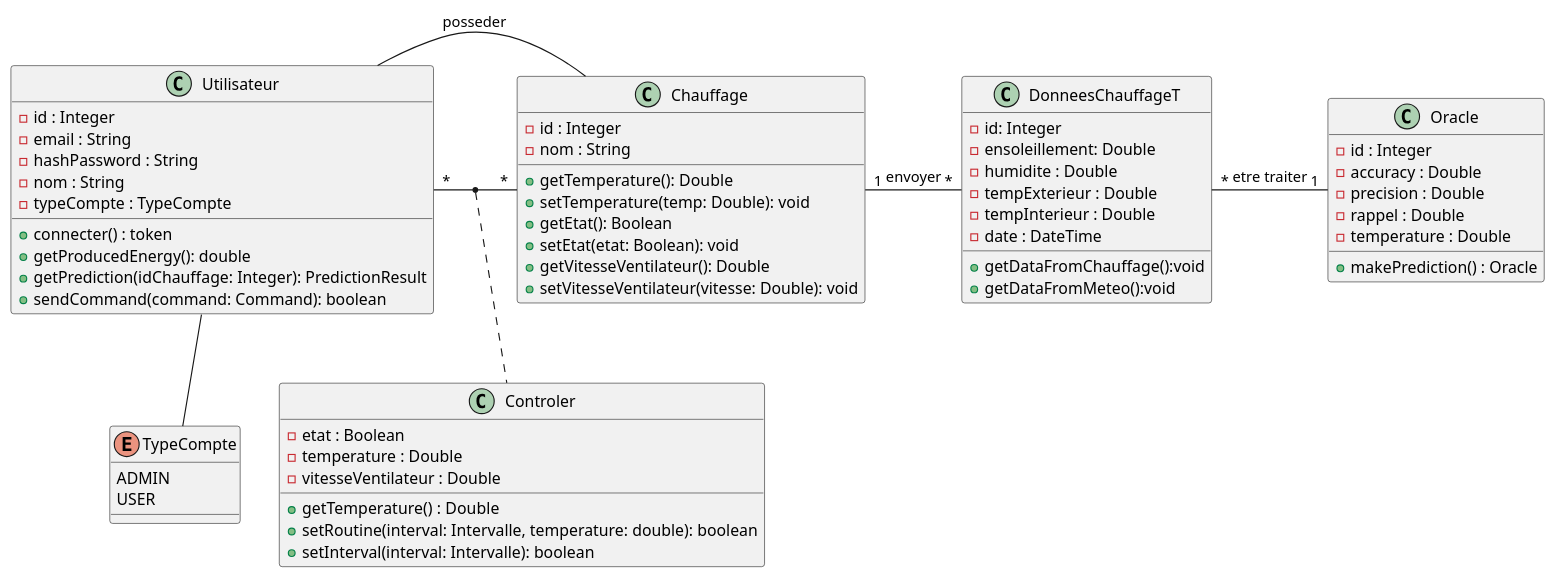
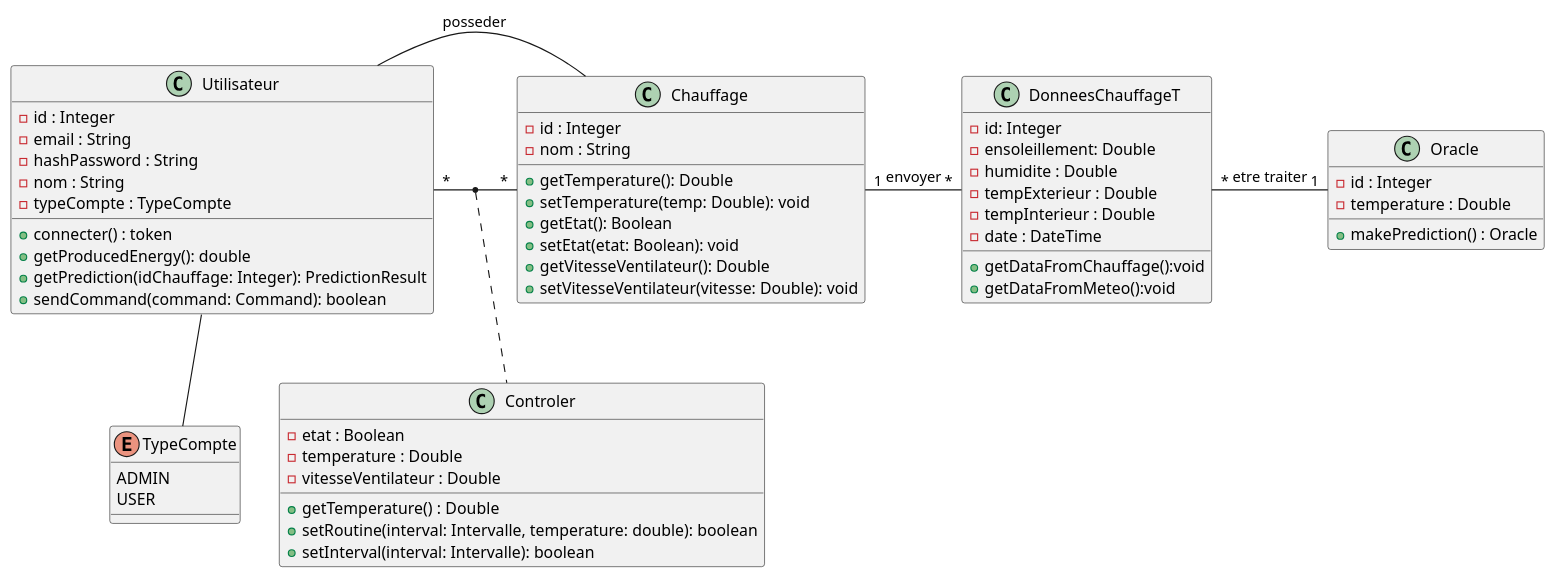
Before and after one commit to chauffapagnan/documentation: the diagram in diagrams/class2.plantuml, drawn with PlantUML.

```diff
--- a/diagrams/class2.plantuml
+++ b/diagrams/class2.plantuml
@@ -1,69 +1,66 @@
 @startuml
 class Utilisateur{
   - id : Integer
   - email : String
   - hashPassword : String
   - nom : String
   - typeCompte : TypeCompte
   + connecter() : token
     + getProducedEnergy(): double
     + getPrediction(idChauffage: Integer): PredictionResult
     + sendCommand(command: Command): boolean
 }
 class Chauffage{
   - id : Integer
   - nom : String
   + getTemperature(): Double
   + setTemperature(temp: Double): void
   + getEtat(): Boolean
   + setEtat(etat: Boolean): void
   + getVitesseVentilateur(): Double
   + setVitesseVentilateur(vitesse: Double): void
   
   
 }
 class DonneesChauffageT{
   - id: Integer
   - ensoleillement: Double
   - humidite : Double
   - tempExterieur : Double
   - tempInterieur : Double
   - date : DateTime
   + getDataFromChauffage():void
   + getDataFromMeteo():void
 }
 class Oracle{
   - id : Integer
-   - accuracy : Double
-   - precision : Double
-   - rappel : Double
    - temperature : Double
    + makePrediction() : Oracle
  
 }
 class Controler{
 
   - etat : Boolean
   - temperature : Double
   - vitesseVentilateur : Double
   + getTemperature() : Double 
   + setRoutine(interval: Intervalle, temperature: double): boolean
     + setInterval(interval: Intervalle): boolean
 }
 
 enum TypeCompte{
   ADMIN
   USER
 }
 
 
 Utilisateur- Chauffage: posseder
 Utilisateur"*" - "*" Chauffage
 (Utilisateur, Chauffage) .. Controler
 
 Utilisateur-- TypeCompte
 Chauffage"1"- "*"DonneesChauffageT : envoyer
 DonneesChauffageT"*"- "1" Oracle : etre traiter
 
 
 @enduml
```
